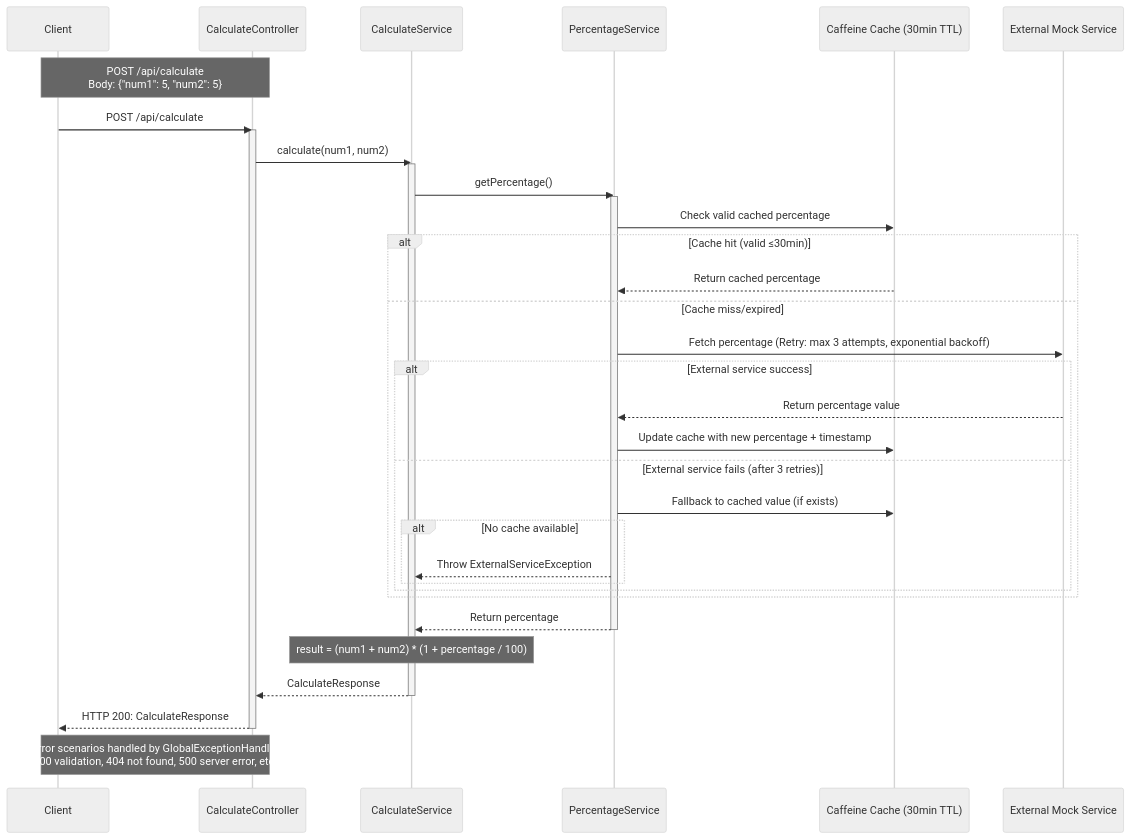
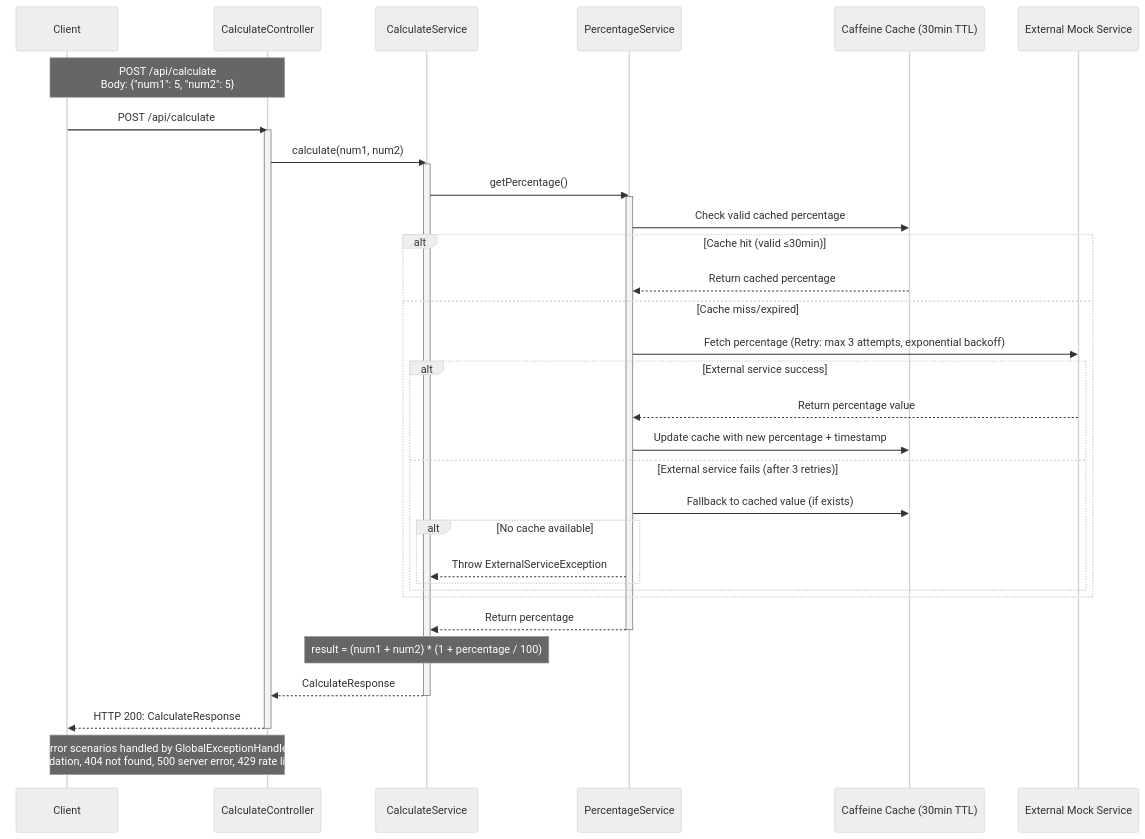
Before and after one commit to Jim-Dev/tenpo-challenge: the diagram in README.md, drawn with Mermaid (neutral theme). The commit also changed other lines of this file and 1 other file, not shown here.

````diff
--- a/README.md
+++ b/README.md
@@ -4,42 +9,42 @@
 ```mermaid
 sequenceDiagram
     participant Client
     participant API as CalculateController
     participant CalcSvc as CalculateService
     participant PctSvc as PercentageService
     participant Cache as Caffeine Cache (30min TTL)
     participant ExtSvc as External Mock Service
 
     Note over Client,API: POST /api/calculate<br/>Body: {"num1": 5, "num2": 5}
 
     Client->>API: POST /api/calculate
     activate API
     API->>CalcSvc: calculate(num1, num2)
     activate CalcSvc
     CalcSvc->>PctSvc: getPercentage()
     activate PctSvc
     PctSvc->>Cache: Check valid cached percentage
     alt Cache hit (valid ≤30min)
         Cache-->>PctSvc: Return cached percentage
     else Cache miss/expired
         PctSvc->>ExtSvc: Fetch percentage (Retry: max 3 attempts, exponential backoff)
         alt External service success
             ExtSvc-->>PctSvc: Return percentage value
             PctSvc->>Cache: Update cache with new percentage + timestamp
         else External service fails (after 3 retries)
             PctSvc->>Cache: Fallback to cached value (if exists)
             alt No cache available
                 PctSvc-->>CalcSvc: Throw ExternalServiceException
             end
         end
     end
     PctSvc-->>CalcSvc: Return percentage
     deactivate PctSvc
     Note over CalcSvc: result = (num1 + num2) * (1 + percentage / 100)
     CalcSvc-->>API: CalculateResponse
     deactivate CalcSvc
     API-->>Client: HTTP 200: CalculateResponse
     deactivate API
 
-    Note over Client,API: Error scenarios handled by GlobalExceptionHandler<br/>(400 validation, 404 not found, 500 server error, etc.)
+    Note over Client,API: Error scenarios handled by GlobalExceptionHandler<br/>(400 validation, 404 not found, 500 server error, 429 rate limit, etc.)
 ```
````
